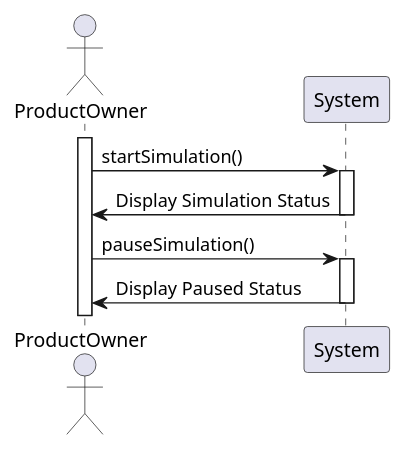
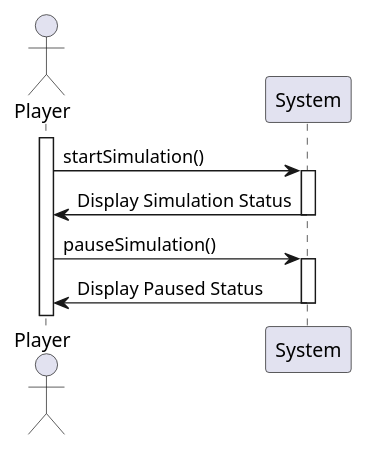
Before and after one commit to goncalolopesp/sem2-pi-24.25-g093-repo: the diagram in docs/system-documentation/US012/01.requirements-engineering/puml/US012-SSD.puml, drawn with PlantUML. The commit also changed 3 other files, not shown here.

```diff
--- a/docs/system-documentation/US012/01.requirements-engineering/puml/US012-SSD.puml
+++ b/docs/system-documentation/US012/01.requirements-engineering/puml/US012-SSD.puml
@@ -1,18 +1,18 @@
 @startuml
 
-actor ProductOwner
+actor "Player" as Player
 participant "System" as System
 
-activate ProductOwner
+activate Player
 
-ProductOwner -> System: startSimulation()
+Player -> System: startSimulation()
 activate System
-System -> ProductOwner: Display Simulation Status
+System -> Player: Display Simulation Status
 deactivate System
 
-ProductOwner -> System: pauseSimulation()
+Player -> System: pauseSimulation()
 activate System
-System -> ProductOwner: Display Paused Status
+System -> Player: Display Paused Status
 deactivate System
 
 @enduml
```
